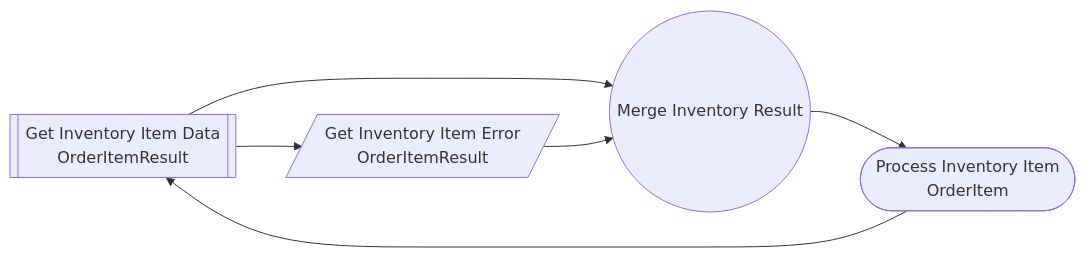
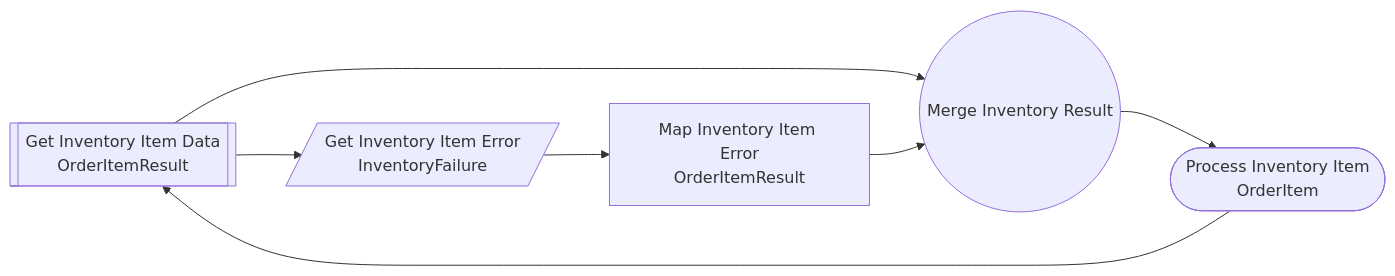
Before and after one commit to gorundebug/cppboostexample: the diagram in inventoryservice/docs/inventoryItem.md, drawn with Mermaid. The commit also changed 40 other files, not shown here.

````diff
--- a/inventoryservice/docs/inventoryItem.md
+++ b/inventoryservice/docs/inventoryItem.md
@@ -3,15 +3,18 @@
 ```mermaid
 flowchart LR
   s73[["Get Inventory Item Data
 OrderItemResult"]]
   s74[/"Get Inventory Item Error
-OrderItemResult"/]
-  s75(("Merge Inventory Result"))
-  s76(["Process Inventory Item
+InventoryFailure"/]
+  s75["Map Inventory Item Error
+OrderItemResult"]
+  s76(("Merge Inventory Result"))
+  s77(["Process Inventory Item
 OrderItem"])
-  s76 --> s73
+  s77 --> s73
   s73 --> s74
-  s73 --> s75
   s74 --> s75
+  s73 --> s76
   s75 --> s76
+  s76 --> s77
 ```
````
